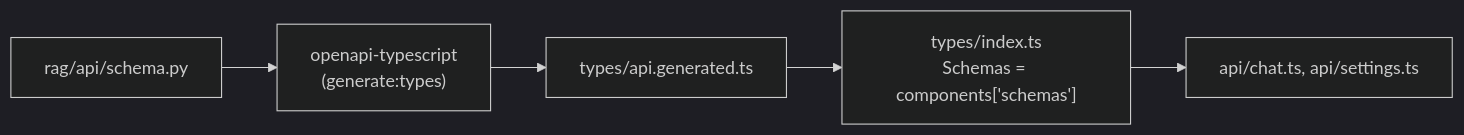
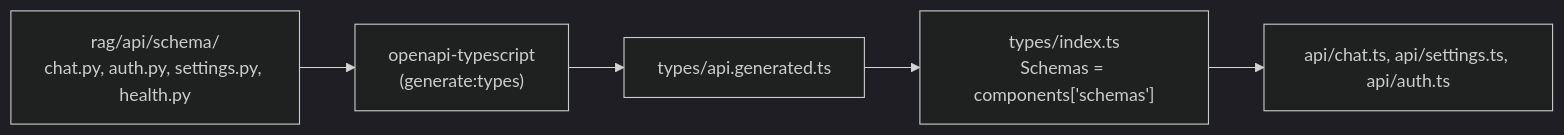
The fifth of 5 diagrams in docs/architecture.md (hadifar/rag), drawn with Mermaid (dark theme) before and after one commit. The commit also changed other lines of this file and 12 other files, not shown here.

````diff
--- a/docs/architecture.md
+++ b/docs/architecture.md
@@ -121,10 +139,10 @@
 ```mermaid
 graph LR
-    schema[rag/api/schema.py]
+    schema["rag/api/schema/<br/>chat.py, auth.py, settings.py, health.py"]
     genscript["openapi-typescript<br/>(generate:types)"]
     generated[types/api.generated.ts]
     idx["types/index.ts<br/>Schemas = components['schemas']"]
-    apiclient[api/chat.ts, api/settings.ts]
+    apiclient[api/chat.ts, api/settings.ts, api/auth.ts]
 
     schema --> genscript --> generated --> idx --> apiclient
 ```
````
